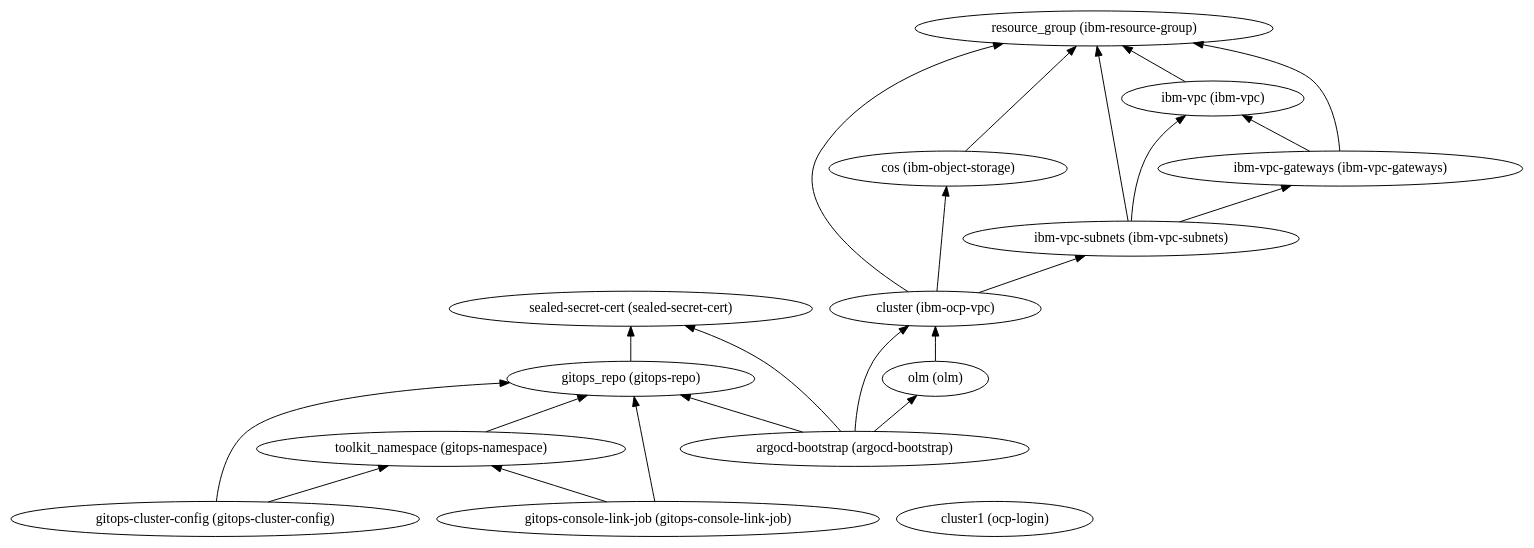
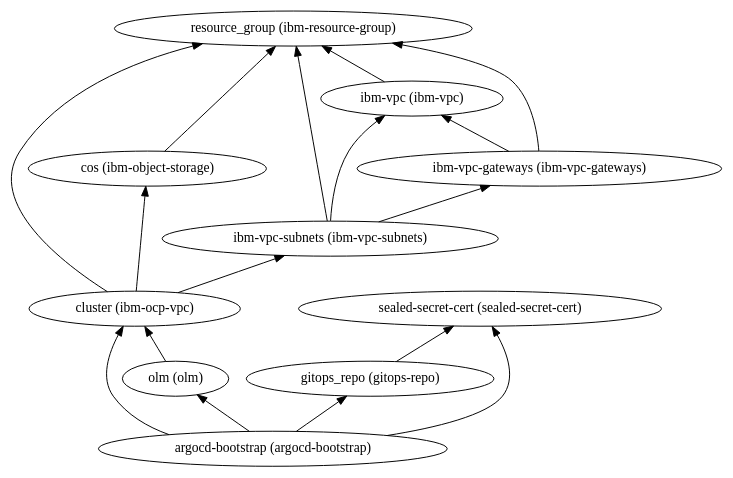
Before and after one commit to thomassuedbroecker/-iascable-vpc-openshift-argocd: the diagram in example/output/my-ibm-vpc-roks-argocd/dependencies.dot, drawn with Graphviz. The commit also changed 10 other files, not shown here.

```diff
--- a/example/output/my-ibm-vpc-roks-argocd/dependencies.dot
+++ b/example/output/my-ibm-vpc-roks-argocd/dependencies.dot
@@ -1,38 +1,29 @@
 digraph {
     rankdir="BT"
-    "gitops_repo (gitops-repo)" -> "sealed-secret-cert (sealed-secret-cert)"
-"gitops_repo (gitops-repo)"
-"sealed-secret-cert (sealed-secret-cert)"
-"argocd-bootstrap (argocd-bootstrap)" -> "cluster (ibm-ocp-vpc)"
+    "argocd-bootstrap (argocd-bootstrap)" -> "cluster (ibm-ocp-vpc)"
 "argocd-bootstrap (argocd-bootstrap)" -> "olm (olm)"
 "argocd-bootstrap (argocd-bootstrap)" -> "gitops_repo (gitops-repo)"
 "argocd-bootstrap (argocd-bootstrap)" -> "sealed-secret-cert (sealed-secret-cert)"
 "argocd-bootstrap (argocd-bootstrap)"
 "cluster (ibm-ocp-vpc)" -> "resource_group (ibm-resource-group)"
 "cluster (ibm-ocp-vpc)" -> "cos (ibm-object-storage)"
 "cluster (ibm-ocp-vpc)" -> "ibm-vpc-subnets (ibm-vpc-subnets)"
 "cluster (ibm-ocp-vpc)"
 "resource_group (ibm-resource-group)"
 "cos (ibm-object-storage)" -> "resource_group (ibm-resource-group)"
 "cos (ibm-object-storage)"
 "ibm-vpc-subnets (ibm-vpc-subnets)" -> "resource_group (ibm-resource-group)"
 "ibm-vpc-subnets (ibm-vpc-subnets)" -> "ibm-vpc (ibm-vpc)"
 "ibm-vpc-subnets (ibm-vpc-subnets)" -> "ibm-vpc-gateways (ibm-vpc-gateways)"
 "ibm-vpc-subnets (ibm-vpc-subnets)"
 "ibm-vpc (ibm-vpc)" -> "resource_group (ibm-resource-group)"
 "ibm-vpc (ibm-vpc)"
 "ibm-vpc-gateways (ibm-vpc-gateways)" -> "resource_group (ibm-resource-group)"
 "ibm-vpc-gateways (ibm-vpc-gateways)" -> "ibm-vpc (ibm-vpc)"
 "ibm-vpc-gateways (ibm-vpc-gateways)"
 "olm (olm)" -> "cluster (ibm-ocp-vpc)"
 "olm (olm)"
-"gitops-cluster-config (gitops-cluster-config)" -> "gitops_repo (gitops-repo)"
-"gitops-cluster-config (gitops-cluster-config)" -> "toolkit_namespace (gitops-namespace)"
-"gitops-cluster-config (gitops-cluster-config)"
-"toolkit_namespace (gitops-namespace)" -> "gitops_repo (gitops-repo)"
-"toolkit_namespace (gitops-namespace)"
-"gitops-console-link-job (gitops-console-link-job)" -> "gitops_repo (gitops-repo)"
-"gitops-console-link-job (gitops-console-link-job)" -> "toolkit_namespace (gitops-namespace)"
-"gitops-console-link-job (gitops-console-link-job)"
-"cluster1 (ocp-login)"
+"gitops_repo (gitops-repo)" -> "sealed-secret-cert (sealed-secret-cert)"
+"gitops_repo (gitops-repo)"
+"sealed-secret-cert (sealed-secret-cert)"
   }
```
